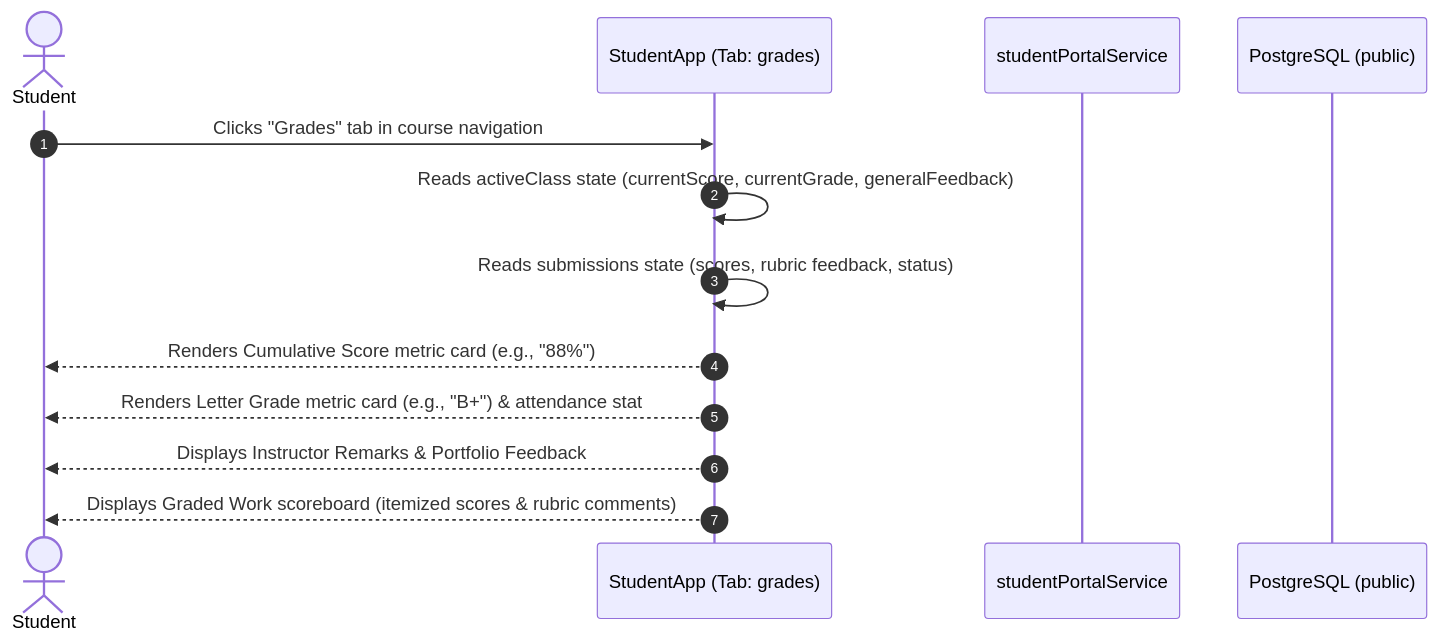
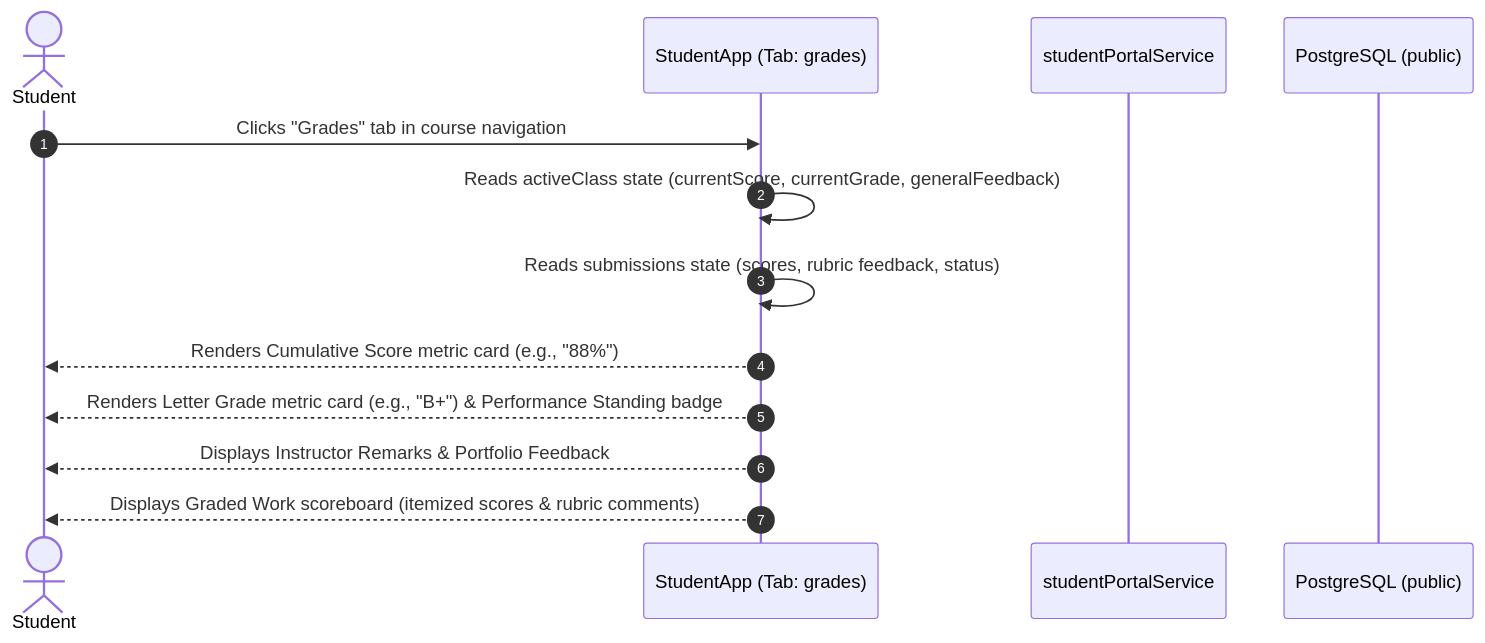
The fifth of 5 diagrams in docs/systems/workflows/student_portal_workflows.md (VictorBravo9er/Teacher-Assistant-Workspace), drawn with Mermaid before and after one commit. The commit also changed other lines of this file and 43 other files, not shown here.

````diff
--- a/docs/systems/workflows/student_portal_workflows.md
+++ b/docs/systems/workflows/student_portal_workflows.md
@@ -145,16 +145,16 @@
 ```mermaid
 sequenceDiagram
     autonumber
     actor Student as Student
     participant Portal as StudentApp (Tab: grades)
     participant Svc as studentPortalService
     participant DB as PostgreSQL (public)
 
     Student->>Portal: Clicks "Grades" tab in course navigation
     Portal->>Portal: Reads activeClass state (currentScore, currentGrade, generalFeedback)
     Portal->>Portal: Reads submissions state (scores, rubric feedback, status)
     Portal-->>Student: Renders Cumulative Score metric card (e.g., "88%")
-    Portal-->>Student: Renders Letter Grade metric card (e.g., "B+") & attendance stat
+    Portal-->>Student: Renders Letter Grade metric card (e.g., "B+") & Performance Standing badge
     Portal-->>Student: Displays Instructor Remarks & Portfolio Feedback
     Portal-->>Student: Displays Graded Work scoreboard (itemized scores & rubric comments)
 ```
````
